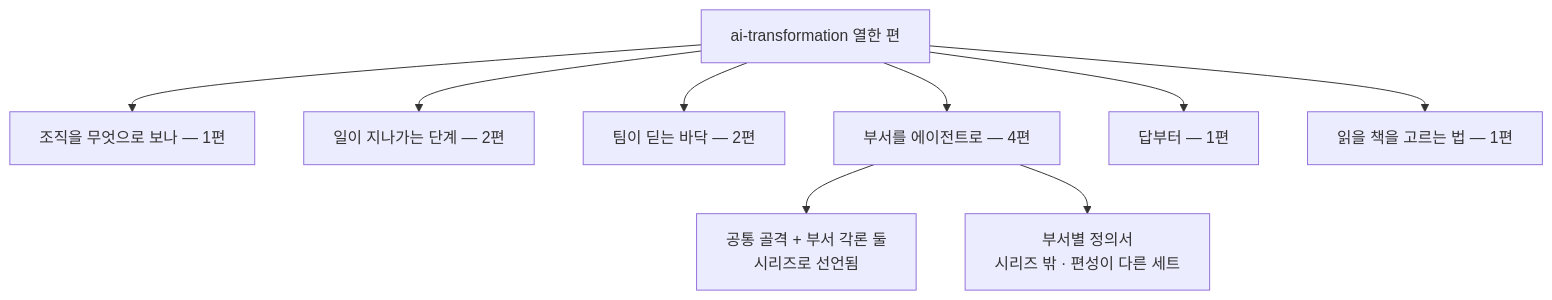
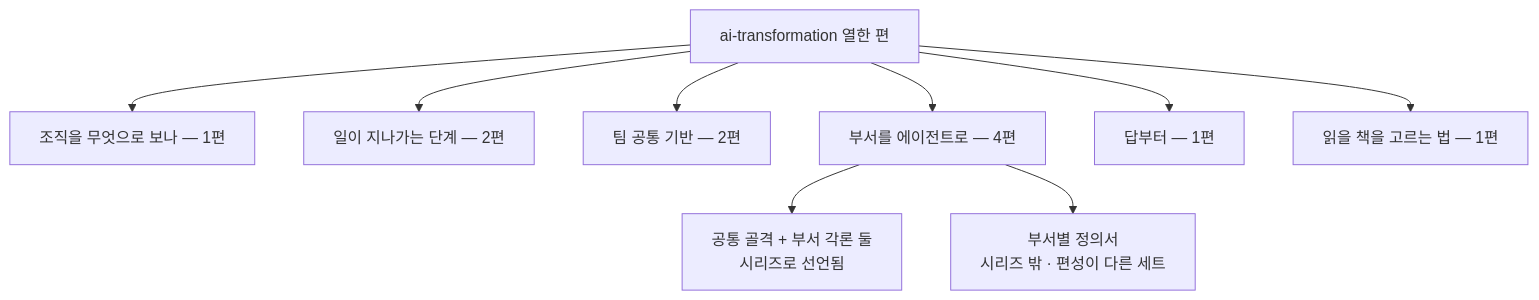
One commit to withwooyong/withwooyong.github.io changed the second of 2 diagrams in content/blog/ai-transformation/ai-transformation-knowledge-map.md. Above: the diagram before and after it, drawn with Mermaid. The commit also changed other lines of this file and 5 other files, not shown here.

````diff
--- a/content/blog/ai-transformation/ai-transformation-knowledge-map.md
+++ b/content/blog/ai-transformation/ai-transformation-knowledge-map.md
@@ -48,11 +48,11 @@
 ```mermaid
 flowchart TD
     A["ai-transformation 열한 편"] --> B["조직을 무엇으로 보나 — 1편"]
     A --> C["일이 지나가는 단계 — 2편"]
-    A --> D["팀이 딛는 바닥 — 2편"]
+    A --> D["팀 공통 기반 — 2편"]
     A --> E["부서를 에이전트로 — 4편"]
     A --> F["답부터 — 1편"]
     A --> G["읽을 책을 고르는 법 — 1편"]
     E --> E1["공통 골격 + 부서 각론 둘<br/>시리즈로 선언됨"]
     E --> E2["부서별 정의서<br/>시리즈 밖 · 편성이 다른 세트"]
 ```
````
